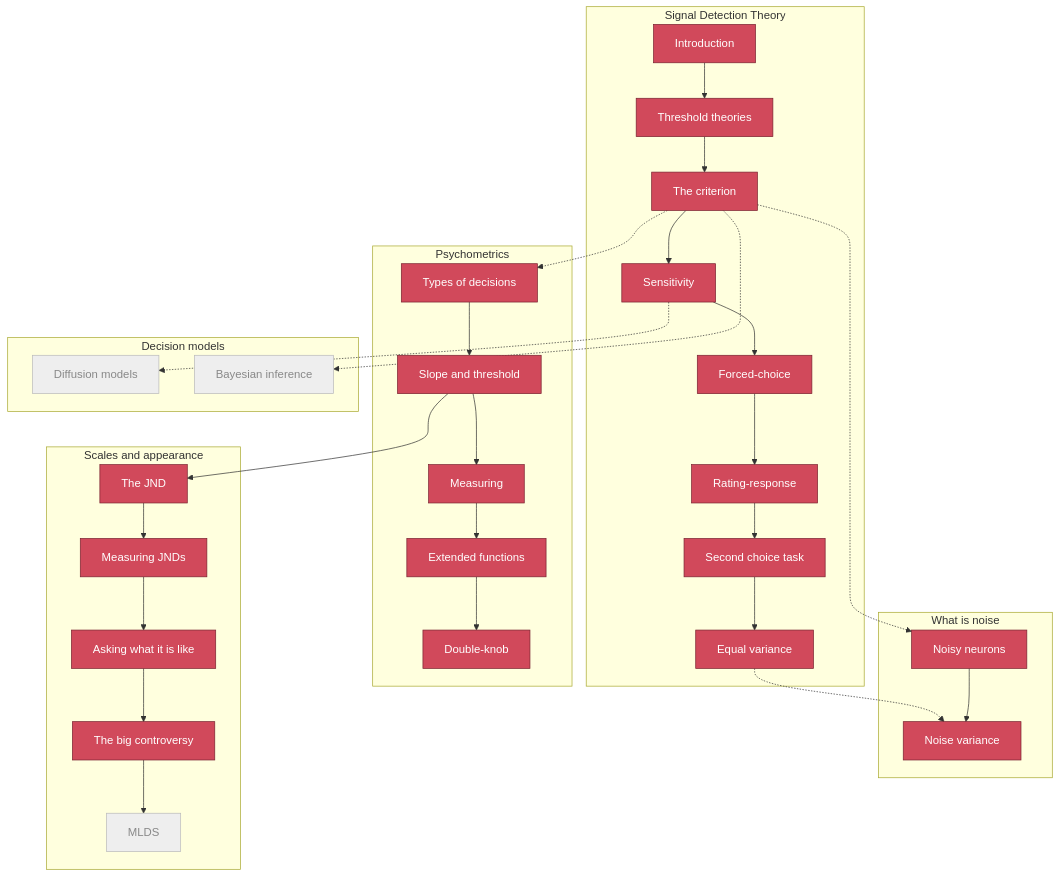
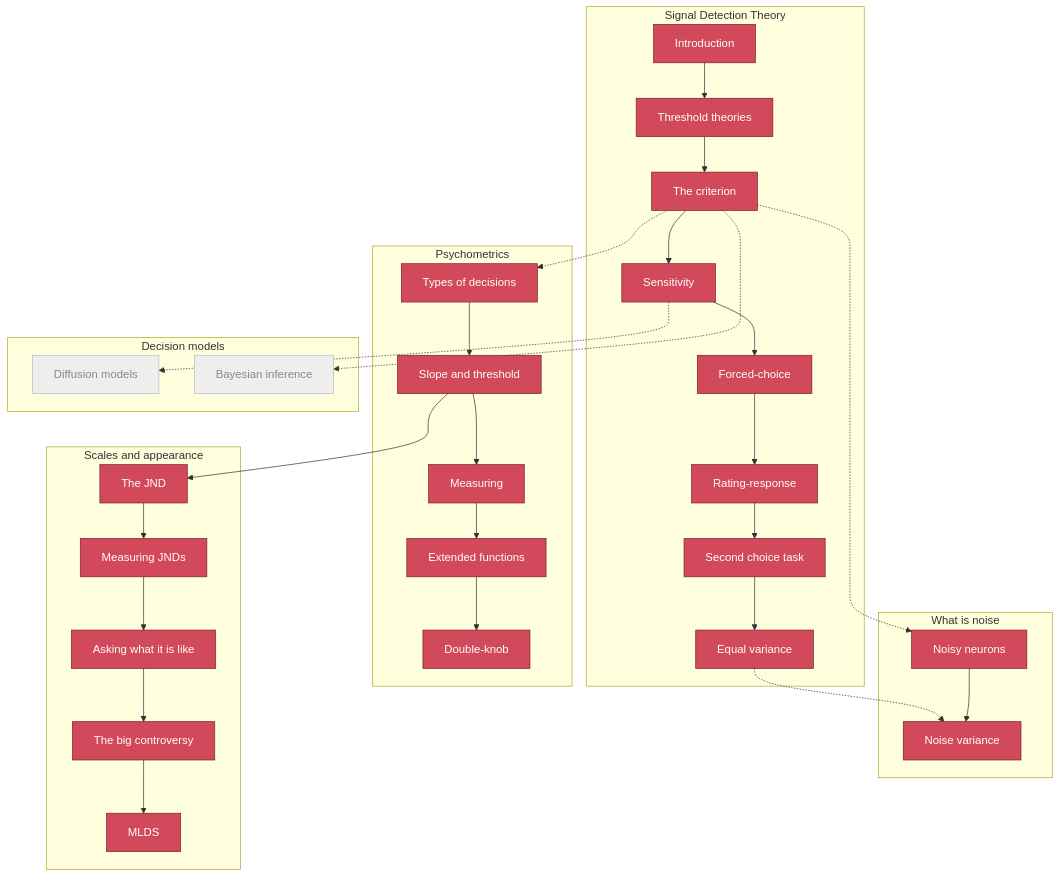
One commit to tbalsdon/psychophysical-choose-your-own-adventure changed the diagram in sitemap.md. Above: the diagram before and after it, drawn with Mermaid. The commit also changed 5 other files, not shown here.

First line of the commit message:
Section 3 batch 3: MLDS (completes Scales & appearance)

````diff
--- a/sitemap.md
+++ b/sitemap.md
@@ -12,75 +12,76 @@
 ```{mermaid}
 flowchart TD
     subgraph SDT [Signal Detection Theory]
         a[Introduction]
         b[Threshold theories]
         d[The criterion]
         e[Sensitivity]
         f[Forced-choice]
         g[Rating-response]
         h[Second choice task]
         i[Equal variance]
     end
 
     subgraph NOISE [What is noise]
         nn[Noisy neurons]
         nv[Noise variance]
     end
 
     subgraph PSY [Psychometrics]
         pdec[Types of decisions]
         pst[Slope and threshold]
         pme[Measuring]
         pex[Extended functions]
         pdk[Double-knob]
     end
 
     subgraph SCALE [Scales and appearance]
         sjnd[The JND]
         sst[Measuring JNDs]
         sask[Asking what it is like]
         sctrl[The big controversy]
         smlds[MLDS]
     end
 
     subgraph DM [Decision models]
         dm1[Diffusion models]
         dm2[Bayesian inference]
     end
 
     a --> b --> d --> e --> f --> g --> h --> i
     d -.-> nn
     i -.-> nv
     nn --> nv
     d -.-> pdec
     pdec --> pst --> pme --> pex --> pdk
     pst --> sjnd
     sjnd --> sst --> sask --> sctrl --> smlds
     e -.-> dm1
     d -.-> dm2
 
     classDef done fill:#d1495b,stroke:#7a2230,color:#fff;
     classDef todo fill:#eee,stroke:#bbb,color:#888;
-    class a,b,d,e,f,g,h,i,nn,nv,pdec,pst,pme,pex,pdk,sjnd,sst,sask,sctrl done;
-    class smlds,dm1,dm2 todo;
+    class a,b,d,e,f,g,h,i,nn,nv,pdec,pst,pme,pex,pdk,sjnd,sst,sask,sctrl,smlds done;
+    class dm1,dm2 todo;
 
     click a "../modules/sdt-intro"
     click b "../modules/sdt-threshold-theories"
     click d "../modules/sdt-criterion"
     click e "../modules/sdt-sensitivity"
     click f "../modules/sdt-forced-choice"
     click g "../modules/sdt-rating-response"
     click h "../modules/sdt-second-choice"
     click i "../modules/sdt-equal-variance"
     click nn "../modules/noise-noisy-neurons"
     click nv "../modules/noise-variance"
     click pdec "../modules/psy-decisions"
     click pst "../modules/psy-slope-threshold-bias"
     click pme "../modules/psy-measuring"
     click pex "../modules/psy-extended"
     click pdk "../modules/psy-double-knob"
     click sjnd "../modules/scales-jnd"
     click sst "../modules/scales-staircase"
     click sask "../modules/scales-magnitude"
     click sctrl "../modules/scales-controversy"
+    click smlds "../modules/scales-mlds"
 ```
````
